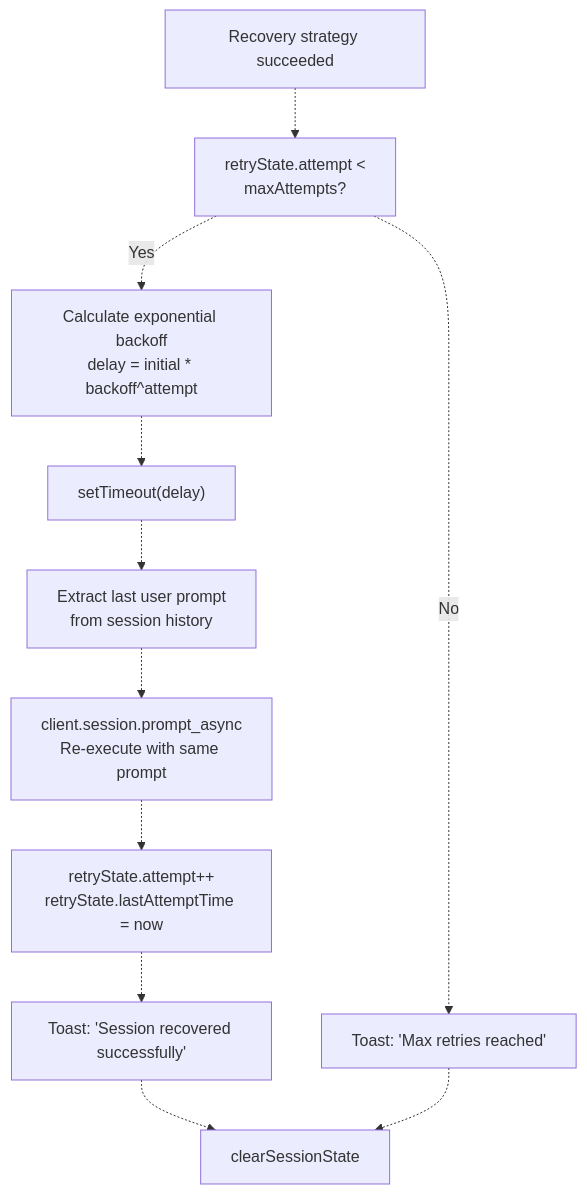
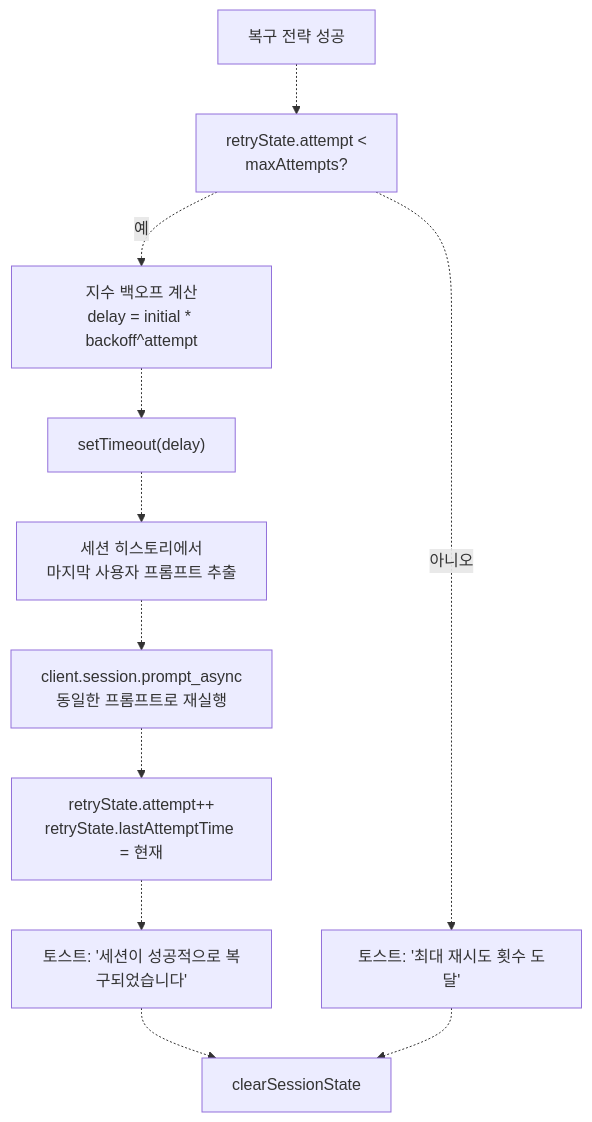
Before and after one commit to felipetruman/oh-my-opencode-docs: the eighth of 10 diagrams in docs/hooks/context-management-hooks.md, drawn with Mermaid. The commit also changed other lines of this file and 76 other files, not shown here.

````diff
--- a/docs/hooks/context-management-hooks.md
+++ b/docs/hooks/context-management-hooks.md
@@ -721,25 +722,25 @@
 ```mermaid
 flowchart TD
 
-RecoverySuccess["Recovery strategy succeeded"]
+RecoverySuccess["복구 전략 성공"]
 CheckAttempts["retryState.attempt <<br>maxAttempts?"]
-CalcDelay["Calculate exponential backoff<br>delay = initial * backoff^attempt"]
+CalcDelay["지수 백오프 계산<br>delay = initial * backoff^attempt"]
 Wait["setTimeout(delay)"]
-GetLastPrompt["Extract last user prompt<br>from session history"]
-Reprompt["client.session.prompt_async<br>Re-execute with same prompt"]
-IncrementAttempt["retryState.attempt++<br>retryState.lastAttemptTime = now"]
-ToastSuccess["Toast: 'Session recovered successfully'"]
-ToastFailure["Toast: 'Max retries reached'"]
+GetLastPrompt["세션 히스토리에서<br>마지막 사용자 프롬프트 추출"]
+Reprompt["client.session.prompt_async<br>동일한 프롬프트로 재실행"]
+IncrementAttempt["retryState.attempt++<br>retryState.lastAttemptTime = 현재"]
+ToastSuccess["토스트: '세션이 성공적으로 복구되었습니다'"]
+ToastFailure["토스트: '최대 재시도 횟수 도달'"]
 ClearState["clearSessionState"]
 
 RecoverySuccess -.-> CheckAttempts
-CheckAttempts -.->|"Yes"| CalcDelay
-CheckAttempts -.->|"No"| ToastFailure
+CheckAttempts -.->|"예"| CalcDelay
+CheckAttempts -.->|"아니오"| ToastFailure
 CalcDelay -.-> Wait
 Wait -.-> GetLastPrompt
 GetLastPrompt -.-> Reprompt
 Reprompt -.-> IncrementAttempt
 IncrementAttempt -.-> ToastSuccess
 ToastSuccess -.-> ClearState
 ToastFailure -.-> ClearState
 ```
````
